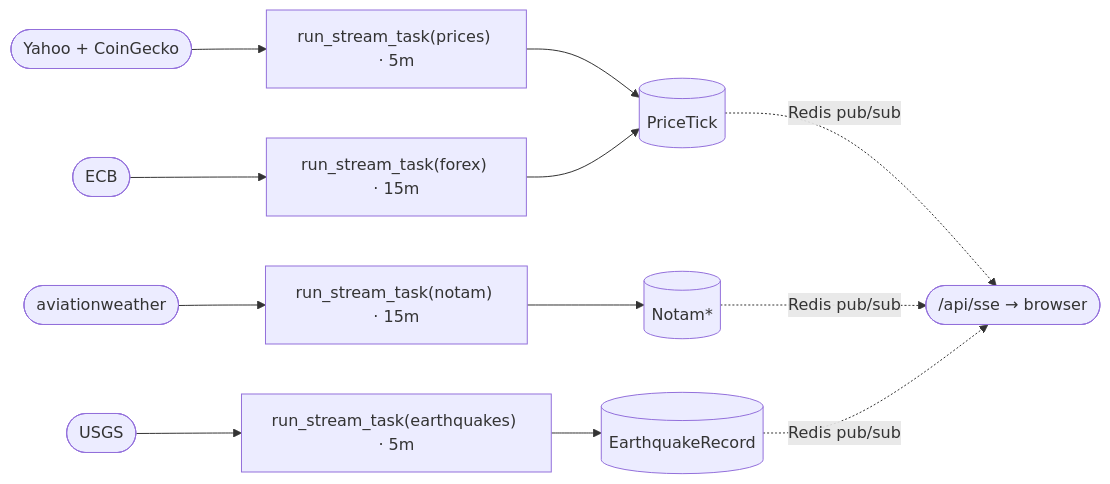
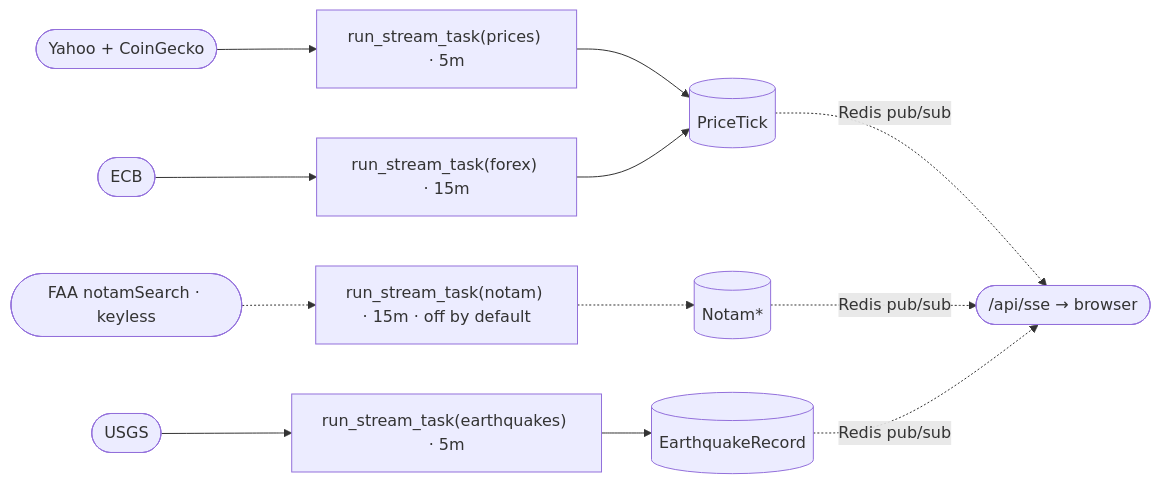
One commit to jameelhamdan/event-horizon changed the second of 2 diagrams in docs/pipeline.md. Above: the diagram before and after it, drawn with Mermaid. The commit also changed other lines of this file and 2 other files, not shown here.

First line of the commit message:
docs: refresh for pyproject, aggregate window, and NOTAM

````diff
--- a/docs/pipeline.md
+++ b/docs/pipeline.md
@@ -61,8 +62,8 @@
 ```mermaid
 flowchart LR
     YF([Yahoo + CoinGecko]) --> FP["run_stream_task(prices) · 5m"] --> PT[(PriceTick)]
     ECB([ECB]) --> FX["run_stream_task(forex) · 15m"] --> PT
-    AW([aviationweather]) --> NO["run_stream_task(notam) · 15m"] --> NZ[(Notam*)]
+    AW([FAA notamSearch · keyless]) -.-> NO["run_stream_task(notam) · 15m · off by default"] -.-> NZ[(Notam*)]
     USGS([USGS]) --> EQ["run_stream_task(earthquakes) · 5m"] --> EQR[(EarthquakeRecord)]
     PT & NZ & EQR -.->|Redis pub/sub| SSE([/api/sse → browser])
 ```
````
